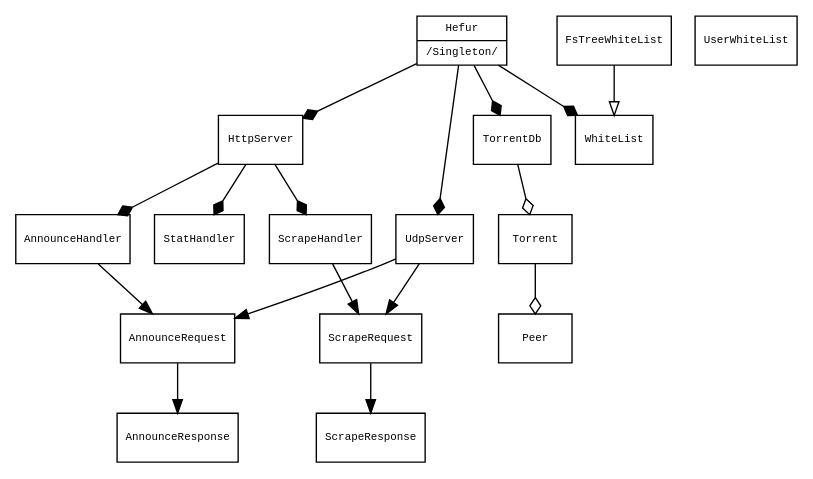
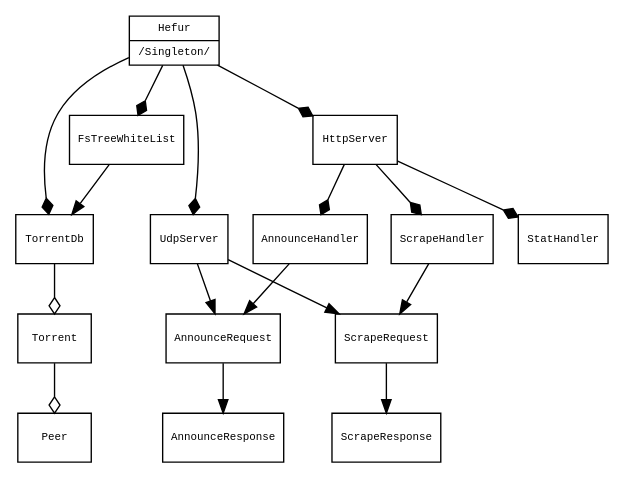
The diagram in design.dot (abique/hefur), drawn with Graphviz before and after one commit.

```diff
--- a/design.dot
+++ b/design.dot
@@ -1,50 +1,48 @@
 # dot -T png design.dot >design.png && xv design.png
 
 digraph Hefur
 {
         fontname="monospace";
         fontsize=8;
 
         node [fontname="monospace",fontsize=8,shape="record"];
         edge [fontname="monospace",fontsize=8,shape="record"];
 
         Hefur [shape=record,label="{Hefur|/Singleton/}"];
         TorrentDb;
         Torrent;
         Peer;
         HttpServer;
         AnnounceRequest;
         AnnounceResponse;
         AnnounceHandler;
         ScrapeRequest;
         ScrapeResponse;
         ScrapeHandler;
         StatHandler;
         UdpServer;
-        WhiteList;
         FsTreeWhiteList;
-        UserWhiteList;
 
         Hefur -> TorrentDb [arrowhead=diamond];
-        Hefur -> WhiteList [arrowhead=diamond];
+        Hefur -> FsTreeWhiteList [arrowhead=diamond];
         Hefur -> HttpServer [arrowhead=diamond];
         Hefur -> UdpServer [arrowhead=diamond];
 
         Torrent -> Peer [arrowhead=odiamond];
 
         TorrentDb -> Torrent [arrowhead=odiamond];
 
         HttpServer -> AnnounceHandler [arrowhead=diamond];
         HttpServer -> ScrapeHandler [arrowhead=diamond];
         HttpServer -> StatHandler [arrowhead=diamond];
 
-        FsTreeWhiteList -> WhiteList [arrowhead=onormal];
-
         AnnounceHandler -> AnnounceRequest;
         ScrapeHandler -> ScrapeRequest;
         UdpServer -> AnnounceRequest;
         UdpServer -> ScrapeRequest;
 
         AnnounceRequest -> AnnounceResponse;
         ScrapeRequest -> ScrapeResponse;
+
+        FsTreeWhiteList -> TorrentDb;
 }
```
